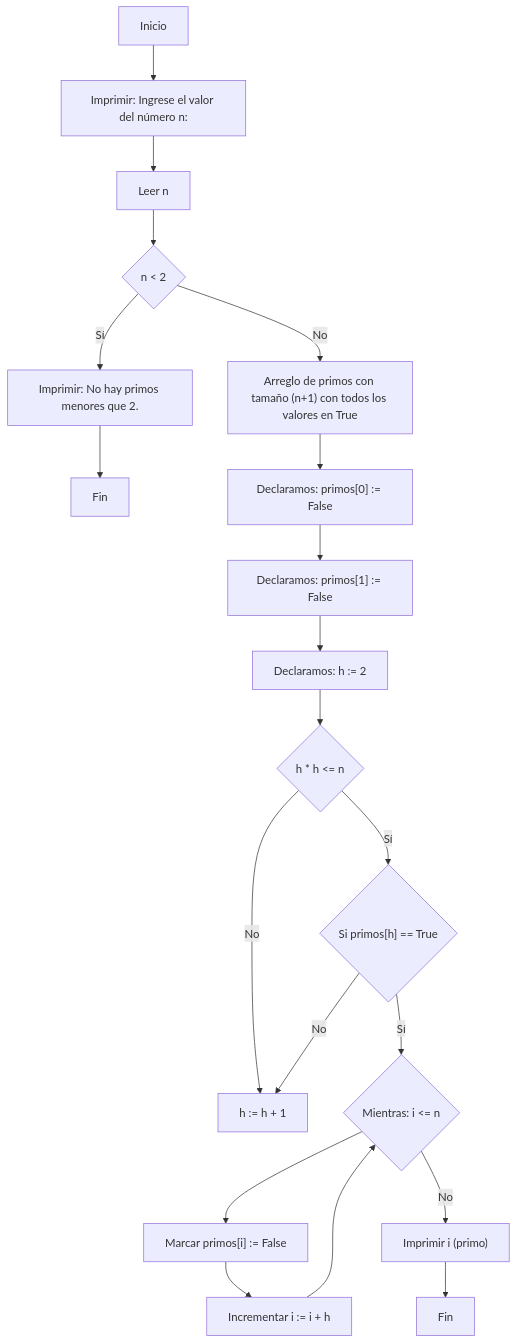
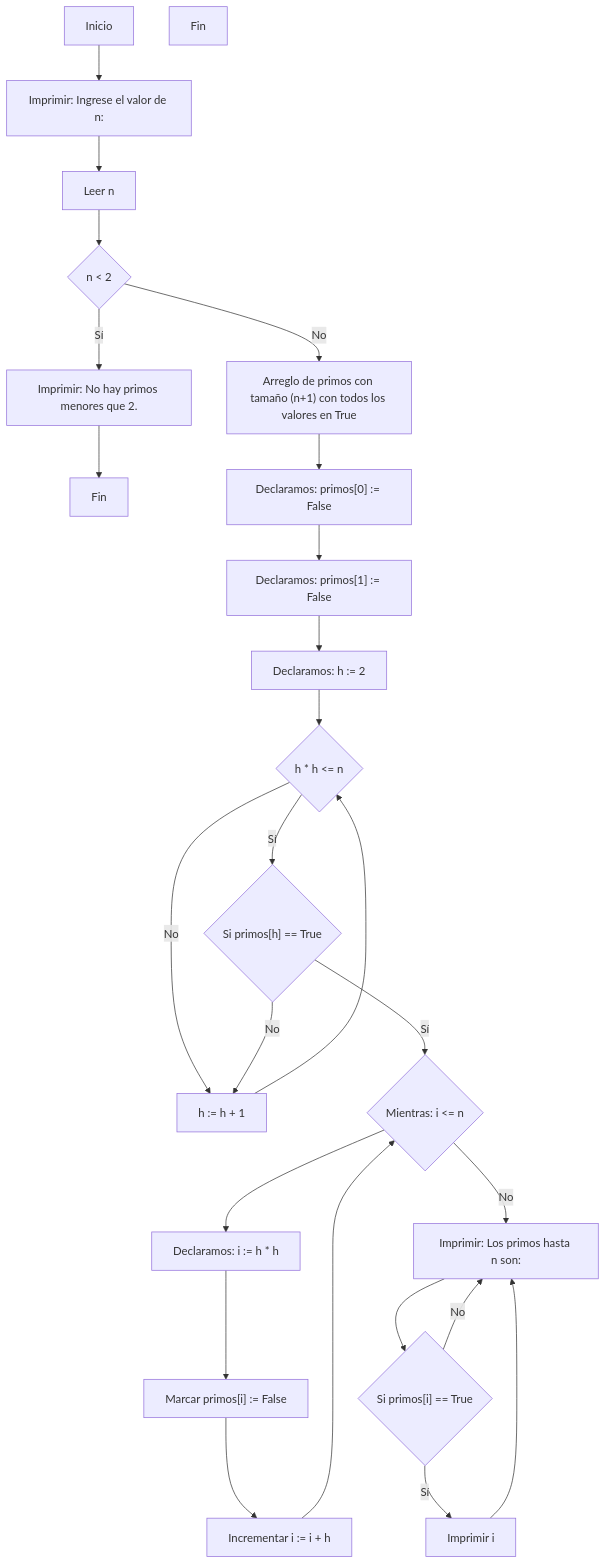
Before and after one commit to DavisN3/Reto_03_los_primos_de_n: the diagram in README.md, drawn with Mermaid.

````diff
--- a/README.md
+++ b/README.md
@@ -83,32 +83,42 @@
 ```mermaid
  flowchart TD
+%% Nodes
     A["Inicio"]
-    B["Imprimir: Ingrese el valor del número n:"]
+    B["Imprimir: Ingrese el valor de n:"]
     C["Leer n"]
     D{"n < 2"}
     E["Imprimir: No hay primos menores que 2."]
     F["Fin"]
     G["Arreglo de primos con tamaño (n+1) con todos los valores en True"]
     H["Declaramos: primos[0] := False"]
     I["Declaramos: primos[1] := False"]
     J["Declaramos: h := 2"]
     K{"h * h <= n"}
     L["h := h + 1"]
     M{"Mientras: i <= n"}
     N{"Si primos[h] == True"}
-    O["Marcar primos[i] := False"]
-    P["Incrementar i := i + h"]
-    Q["Imprimir i (primo)"]
-    R["Fin"]
+    O["Declaramos: i := h * h"]
+    P["Marcar primos[i] := False"]
+    Q["Incrementar i := i + h"]
+    R["Imprimir: Los primos hasta n son:"]
+    S{"Si primos[i] == True"}
+    T["Imprimir i"]
+    U["Fin"]
 
+%% Edge connections between nodes
     A --> B --> C --> D
     D -- Sí --> E --> F
     D -- No --> G
     G --> H --> I --> J --> K
     K -- Sí --> N
     K -- No --> L
     N -- Sí --> M
     N -- No --> L
-    M --> O --> P --> M
-    M -- No --> Q --> R
+    M --> O --> P --> Q --> M
+    M -- No --> R --> S
+    S -- Sí --> T
+    S -- No --> R
+    T --> R
+    L --> K
+
 ```
````
